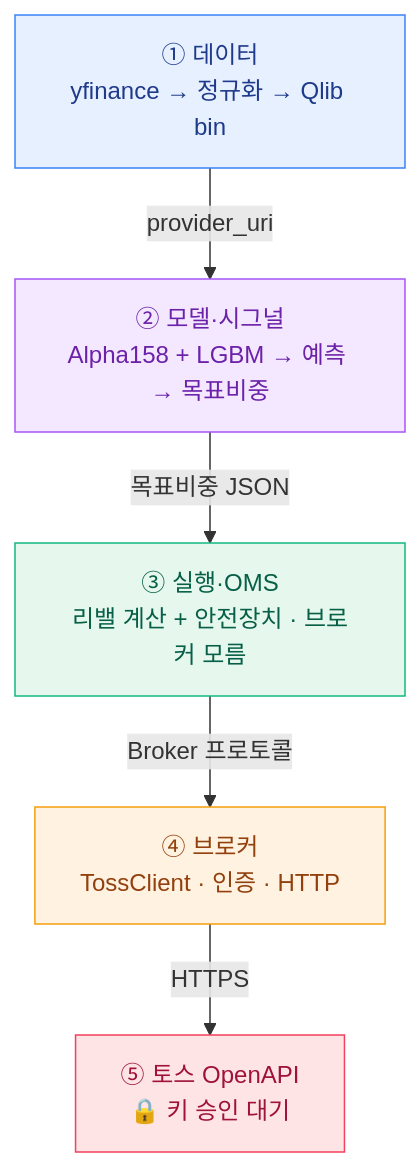
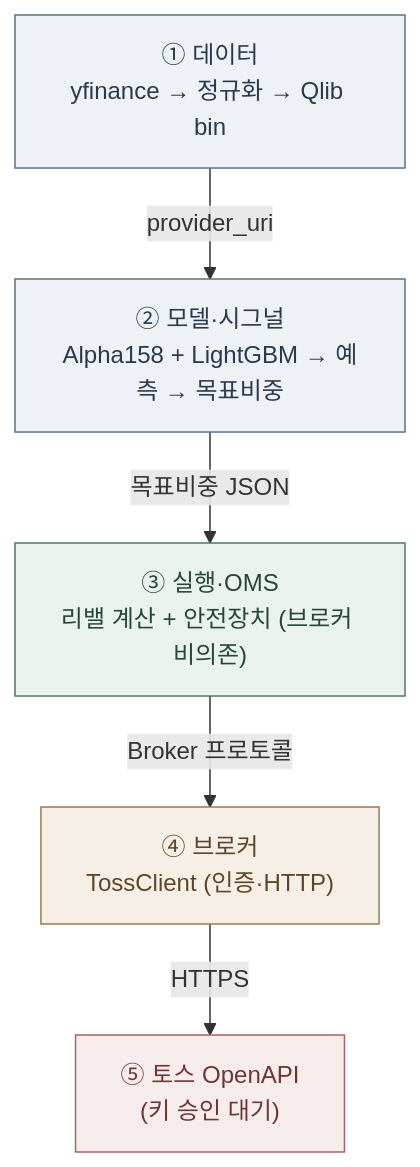
One commit to perfectwan8765/auto-stock-trader changed the first of 3 diagrams in ARCHITECTURE.md. Above: the diagram before and after it, drawn with Mermaid. The commit also changed other lines of this file and 1 other file, not shown here.

First line of the commit message:
docs: README·ARCHITECTURE 톤 정리 (이모지·과장 표현 제거)

````diff
--- a/ARCHITECTURE.md
+++ b/ARCHITECTURE.md
@@ -26,19 +18,19 @@
 ```mermaid
 flowchart TD
   D["① 데이터<br/>yfinance → 정규화 → Qlib bin"]:::data
-  M["② 모델·시그널<br/>Alpha158 + LGBM → 예측 → 목표비중"]:::model
-  E["③ 실행·OMS<br/>리밸 계산 + 안전장치 · 브로커 모름"]:::exec
-  B["④ 브로커<br/>TossClient · 인증 · HTTP"]:::broker
-  T["⑤ 토스 OpenAPI<br/>🔒 키 승인 대기"]:::blocked
+  M["② 모델·시그널<br/>Alpha158 + LightGBM → 예측 → 목표비중"]:::model
+  E["③ 실행·OMS<br/>리밸 계산 + 안전장치 (브로커 비의존)"]:::exec
+  B["④ 브로커<br/>TossClient (인증·HTTP)"]:::broker
+  T["⑤ 토스 OpenAPI<br/>(키 승인 대기)"]:::blocked
 
   D -->|"provider_uri"| M
   M -->|"목표비중 JSON"| E
   E -->|"Broker 프로토콜"| B
   B -->|"HTTPS"| T
 
-  classDef data fill:#e7f0ff,stroke:#3b82f6,color:#1e3a8a
-  classDef model fill:#f3e8ff,stroke:#a855f7,color:#6b21a8
-  classDef exec fill:#e6f7ee,stroke:#10b981,color:#065f46
-  classDef broker fill:#fff2e0,stroke:#f59e0b,color:#92400e
-  classDef blocked fill:#ffe4e6,stroke:#f43f5e,color:#9f1239
+  classDef data fill:#eef2f7,stroke:#5b7089,color:#2b3a4a
+  classDef model fill:#eef2f7,stroke:#5b7089,color:#2b3a4a
+  classDef exec fill:#eaf2ee,stroke:#4c7a5d,color:#274736
+  classDef broker fill:#f5efe6,stroke:#9a7b4f,color:#5c472a
+  classDef blocked fill:#f7ecec,stroke:#a86464,color:#6e3535
 ```
````
